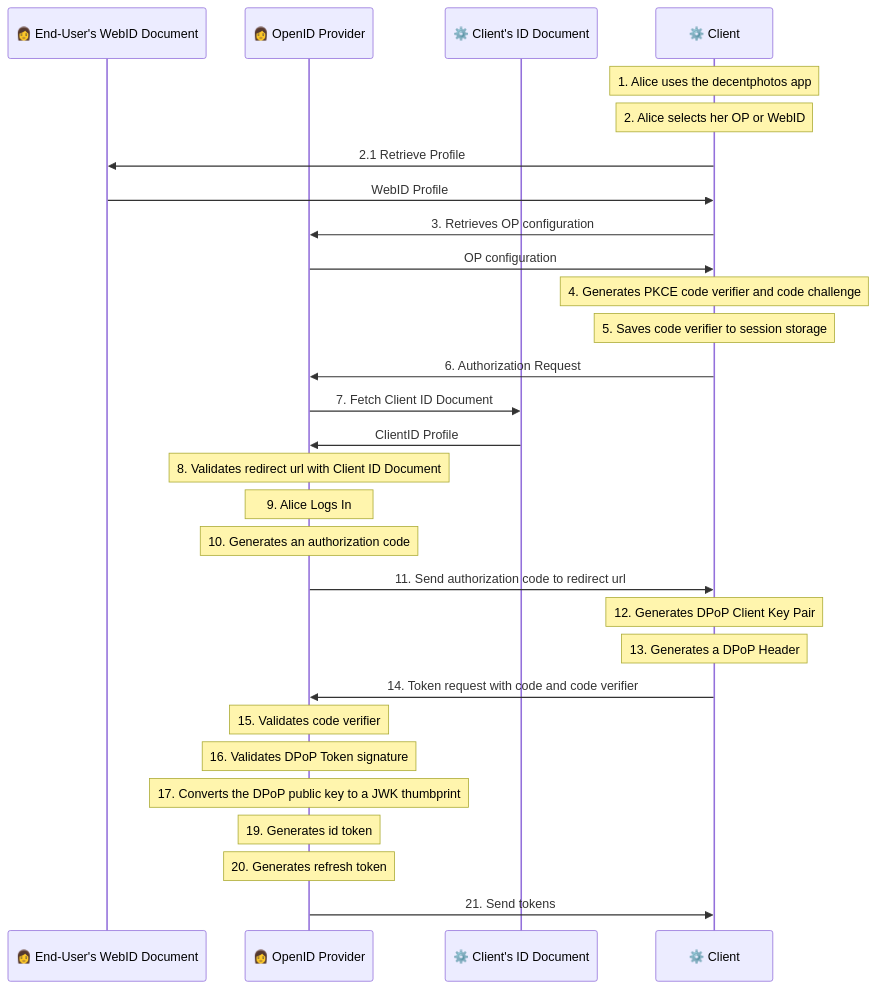
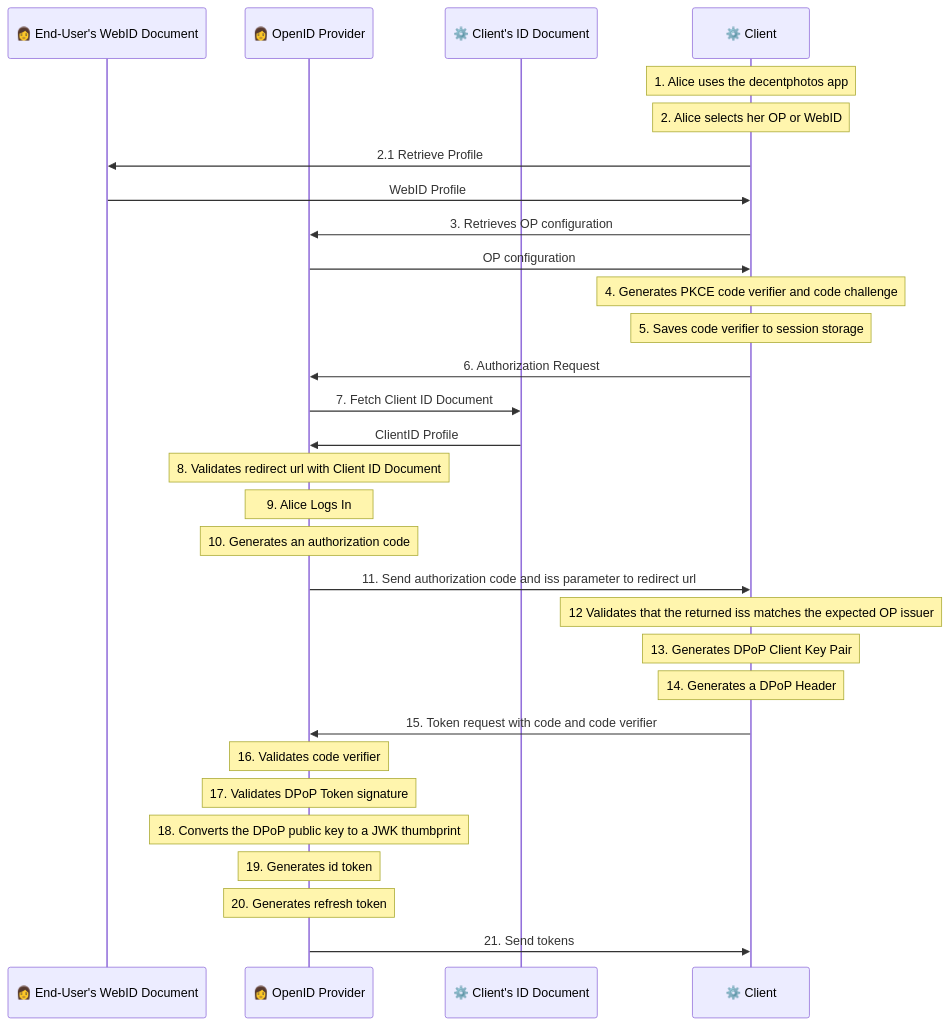
The diagram in primer/primer-login.mmd (solid/solid-oidc), drawn with Mermaid before and after one commit. The commit also changed 2 other files, not shown here.

Commit message:
Update Diagram and Primer to reflect `iss` check (#257)
* update primer

* update diagram

```diff
--- a/primer/primer-login.mmd
+++ b/primer/primer-login.mmd
@@ -1,29 +1,30 @@
 sequenceDiagram
   participant WebID as 👩 End-User's WebID Document
   participant OP as 👩 OpenID Provider
   participant ClientID as ⚙️ Client's ID Document
   participant Client as ⚙️ Client
   note over Client: 1. Alice uses the decentphotos app
   note over Client: 2. Alice selects her OP or WebID
   Client->>WebID: 2.1 Retrieve Profile
   WebID->>Client: WebID Profile
   Client->>OP: 3. Retrieves OP configuration
   OP->>Client: OP configuration
   note over Client: 4. Generates PKCE code verifier and code challenge
   note over Client: 5. Saves code verifier to session storage
   Client->>OP: 6. Authorization Request
   OP->>ClientID: 7. Fetch Client ID Document
   ClientID->>OP: ClientID Profile
   note over OP: 8. Validates redirect url with Client ID Document
   note over OP: 9. Alice Logs In
   note over OP: 10. Generates an authorization code
-  OP->>Client: 11. Send authorization code to redirect url
-  note over Client: 12. Generates DPoP Client Key Pair
-  note over Client: 13. Generates a DPoP Header
-  Client->>OP: 14. Token request with code and code verifier
-  note over OP: 15. Validates code verifier
-  note over OP: 16. Validates DPoP Token signature
-  note over OP: 17. Converts the DPoP public key to a JWK thumbprint
+  OP->>Client: 11. Send authorization code and iss parameter to redirect url
+  note over Client: 12 Validates that the returned iss matches the expected OP issuer
+  note over Client: 13. Generates DPoP Client Key Pair
+  note over Client: 14. Generates a DPoP Header
+  Client->>OP: 15. Token request with code and code verifier
+  note over OP: 16. Validates code verifier
+  note over OP: 17. Validates DPoP Token signature
+  note over OP: 18. Converts the DPoP public key to a JWK thumbprint
   note over OP: 19. Generates id token
   note over OP: 20. Generates refresh token
   OP->>Client: 21. Send tokens
```
